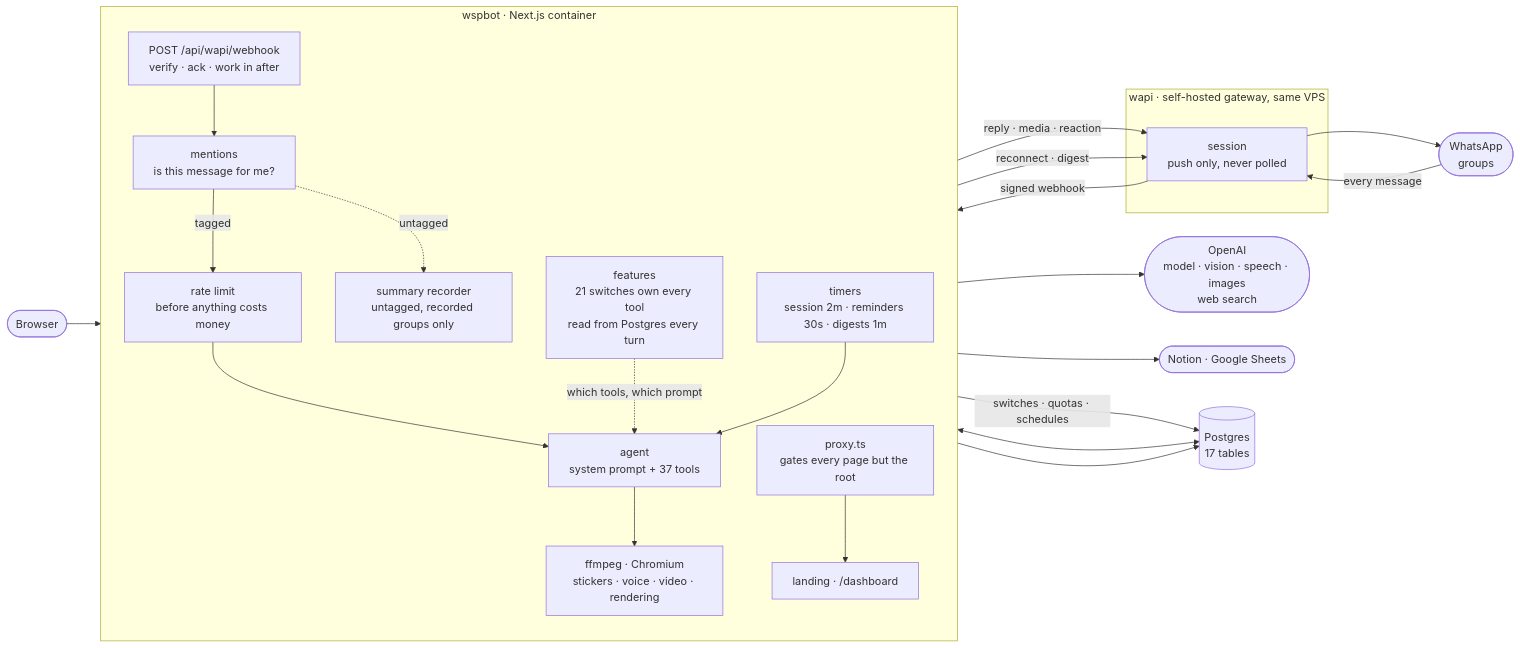
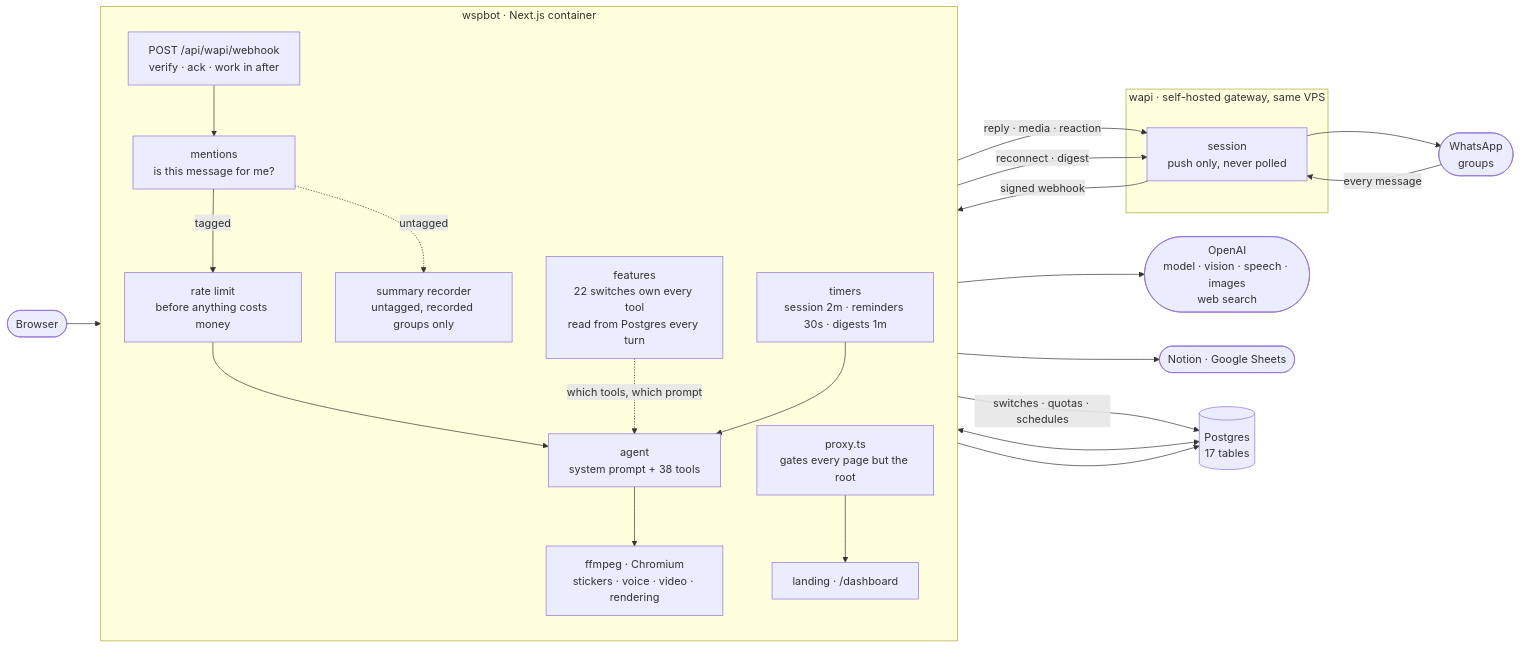
One commit to Jibaru/wspbot changed the first of 2 diagrams in README.md. Above: the diagram before and after it, drawn with Mermaid. The commit also changed other lines of this file and 7 other files, not shown here.

````diff
--- a/README.md
+++ b/README.md
@@ -67,47 +67,47 @@
 ```mermaid
 flowchart LR
     WA(["WhatsApp<br/>groups"])
     BROWSER(["Browser"])
     OPENAI(["OpenAI<br/>model · vision · speech · images<br/>web search"])
     EXT(["Notion · Google Sheets"])
 
     subgraph gw["wapi · self-hosted gateway, same VPS"]
         SESSION["session<br/>push only, never polled"]
     end
 
     subgraph app["wspbot · Next.js container"]
         direction TB
         HOOK["POST /api/wapi/webhook<br/>verify · ack · work in after"]
         GATE["mentions<br/>is this message for me?"]
         LIMIT["rate limit<br/>before anything costs money"]
         REC["summary recorder<br/>untagged, recorded groups only"]
-        AGENT["agent<br/>system prompt + 37 tools"]
+        AGENT["agent<br/>system prompt + 38 tools"]
         TIMERS["timers<br/>session 2m · reminders 30s · digests 1m"]
-        FEAT["features<br/>21 switches own every tool<br/>read from Postgres every turn"]
+        FEAT["features<br/>22 switches own every tool<br/>read from Postgres every turn"]
         FF["ffmpeg · Chromium<br/>stickers · voice · video · rendering"]
         PROXY["proxy.ts<br/>gates every page but the root"]
         PAGES["landing · /dashboard"]
     end
 
     PG[("Postgres<br/>17 tables")]
 
     WA -->|"every message"| SESSION
     SESSION -->|"signed webhook"| HOOK
     HOOK --> GATE
     GATE -->|"tagged"| LIMIT
     GATE -.->|"untagged"| REC
     LIMIT --> AGENT
     FEAT -.->|"which tools, which prompt"| AGENT
     AGENT --> OPENAI
     AGENT --> FF
     AGENT --> EXT
     AGENT -->|"reply · media · reaction"| SESSION
     SESSION --> WA
 
     BROWSER --> PROXY --> PAGES
     PAGES -->|"switches · quotas · schedules"| PG
     AGENT <--> PG
     REC --> PG
     TIMERS --> AGENT
     TIMERS -->|"reconnect · digest"| SESSION
 ```
````
